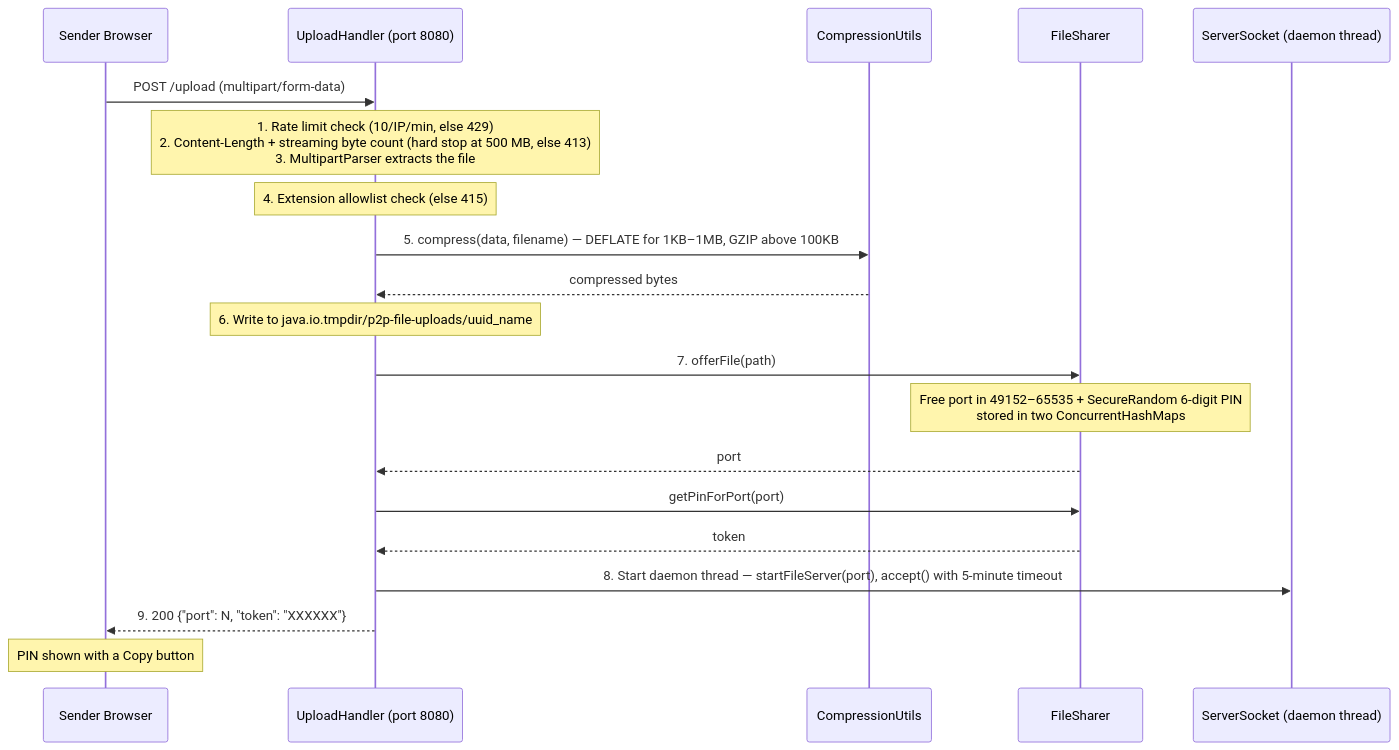
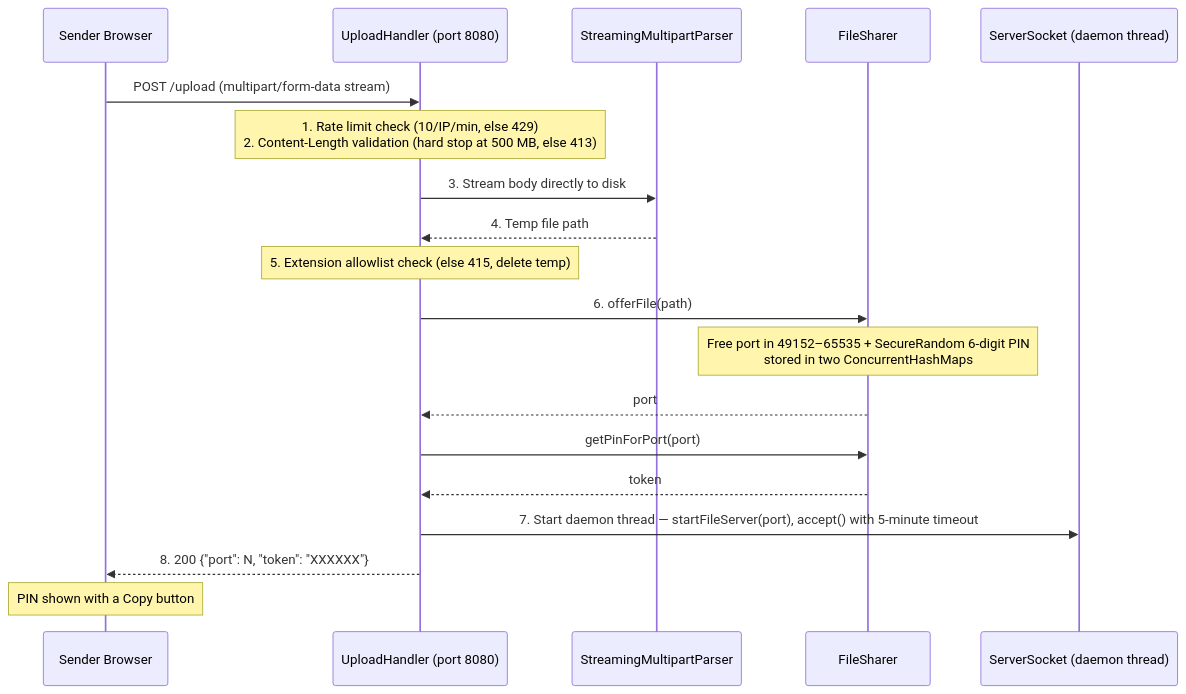
The third of 7 diagrams in README.md (utkarsh-gupta17/SwiftShare), drawn with Mermaid before and after one commit. The commit also changed other lines of this file and 9 other files, not shown here.

````diff
--- a/README.md
+++ b/README.md
@@ -171,23 +173,22 @@
 ```mermaid
 sequenceDiagram
     participant S as Sender Browser
     participant UH as UploadHandler (port 8080)
-    participant CU as CompressionUtils
+    participant SP as StreamingMultipartParser
     participant FS as FileSharer
     participant SS as ServerSocket (daemon thread)
 
-    S->>UH: POST /upload (multipart/form-data)
-    Note over UH: 1. Rate limit check (10/IP/min, else 429)<br/>2. Content-Length + streaming byte count (hard stop at 500 MB, else 413)<br/>3. MultipartParser extracts the file
-    Note over UH: 4. Extension allowlist check (else 415)
-    UH->>CU: 5. compress(data, filename) — DEFLATE for 1KB–1MB, GZIP above 100KB
-    CU-->>UH: compressed bytes
-    Note over UH: 6. Write to java.io.tmpdir/p2p-file-uploads/uuid_name
-    UH->>FS: 7. offerFile(path)
+    S->>UH: POST /upload (multipart/form-data stream)
+    Note over UH: 1. Rate limit check (10/IP/min, else 429)<br/>2. Content-Length validation (hard stop at 500 MB, else 413)
+    UH->>SP: 3. Stream body directly to disk
+    SP-->>UH: 4. Temp file path
+    Note over UH: 5. Extension allowlist check (else 415, delete temp)
+    UH->>FS: 6. offerFile(path)
     Note over FS: Free port in 49152–65535 + SecureRandom 6-digit PIN<br/>stored in two ConcurrentHashMaps
     FS-->>UH: port
     UH->>FS: getPinForPort(port)
     FS-->>UH: token
-    UH->>SS: 8. Start daemon thread — startFileServer(port), accept() with 5-minute timeout
-    UH-->>S: 9. 200 {"port": N, "token": "XXXXXX"}
+    UH->>SS: 7. Start daemon thread — startFileServer(port), accept() with 5-minute timeout
+    UH-->>S: 8. 200 {"port": N, "token": "XXXXXX"}
     Note over S: PIN shown with a Copy button
 ```
````
